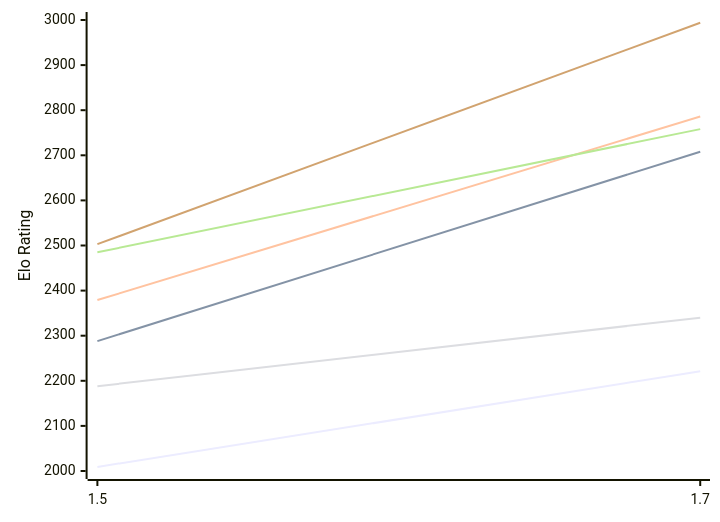
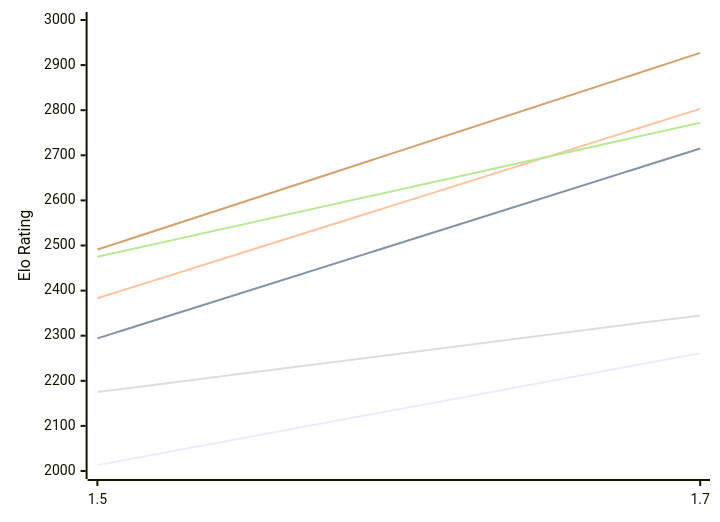
Before and after one commit to computer-chess-index/cci: the first of 2 diagrams in engines/Facon.md, drawn with Mermaid. The commit also changed other lines of this file, not shown here.

Commit message:
Update CCI Ratings (ELO VLTC) - 2026-10-13

````diff
--- a/engines/Facon.md
+++ b/engines/Facon.md
@@ -52,12 +52,12 @@
 ```mermaid
 %%{init: {"theme":"base","themeVariables":{"seriesColors:['#a3a3a3','#222221','#faa371']}}}%%
 xychart-beta
   x-axis ["1.5", "1.7"]
   y-axis "Elo Rating" 2000 --> 3000
-  line "E1: STC (8.0+0.08s)" [2009, 2221]
-  line "E1: LTC (60.0+0.60s)" [2288, 2708]
-  line "E1: VLTC (2m24s+1.12s)" [2379, 2786]
-  line "P1: STC (8.0+0.08s)" [2188, 2340]
-  line "P1: LTC (60.0+0.60s)" [2485, 2758]
-  line "P1: VLTC (2m24s+1.12s)" [2503, 2994]
+  line "E1: STC (8.0+0.08s)" [2013, 2261]
+  line "E1: LTC (60.0+0.60s)" [2294, 2715]
+  line "E1: VLTC (2m24s+1.12s)" [2383, 2803]
+  line "P1: STC (8.0+0.08s)" [2175, 2345]
+  line "P1: LTC (60.0+0.60s)" [2475, 2772]
+  line "P1: VLTC (2m24s+1.12s)" [2491, 2927]
 ```
````
